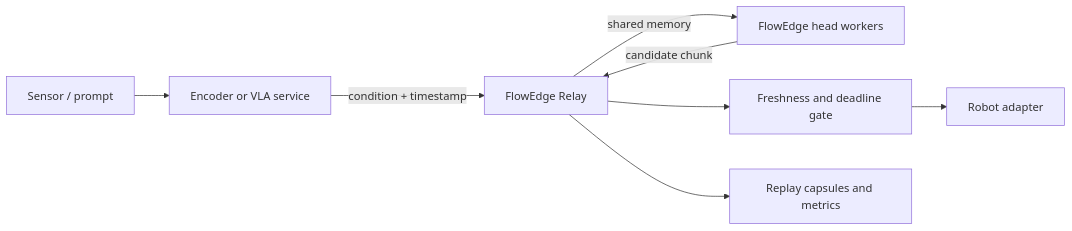
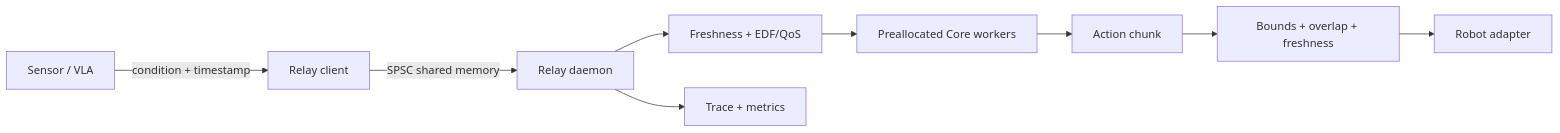
Before and after one commit to elprofesoriqo/FlowEdge: the diagram in docs/ecosystem/relay-proposal.md, drawn with Mermaid. The commit also changed other lines of this file and 16 other files, not shown here.

````diff
--- a/docs/ecosystem/relay-proposal.md
+++ b/docs/ecosystem/relay-proposal.md
@@ -28,10 +19,11 @@
 ```{mermaid}
-graph LR
-  S[Sensor / prompt] --> E[Encoder or VLA service]
-  E -->|condition + timestamp| R[FlowEdge Relay]
-  R -->|shared memory| H[FlowEdge head workers]
-  H -->|candidate chunk| R
-  R --> C[Freshness and deadline gate]
-  C --> A[Robot adapter]
-  R --> X[Replay capsules and metrics]
+flowchart LR
+  Sensor[Sensor / VLA] -->|condition + timestamp| Client[Relay client]
+  Client -->|SPSC shared memory| Daemon[Relay daemon]
+  Daemon --> Admit[Freshness + EDF/QoS]
+  Admit --> Workers[Preallocated Core workers]
+  Workers --> Candidate[Action chunk]
+  Candidate --> Gate[Bounds + overlap + freshness]
+  Gate --> Robot[Robot adapter]
+  Daemon --> Evidence[Trace + metrics]
 ```
````
